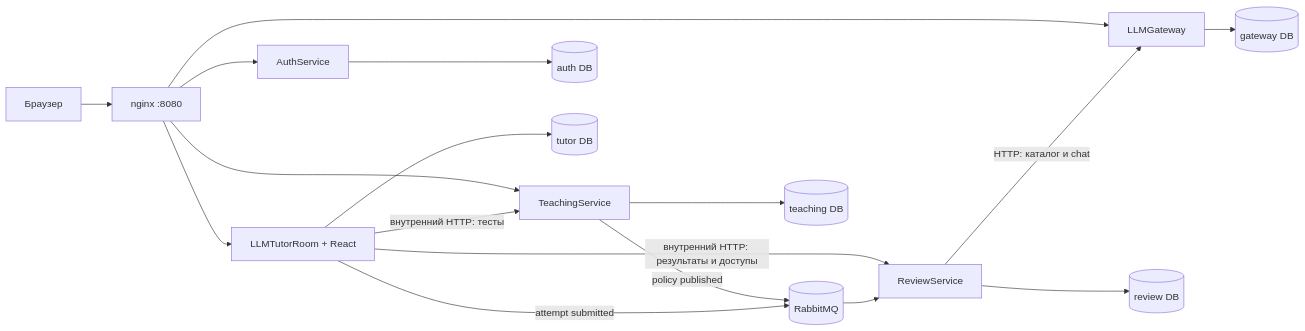
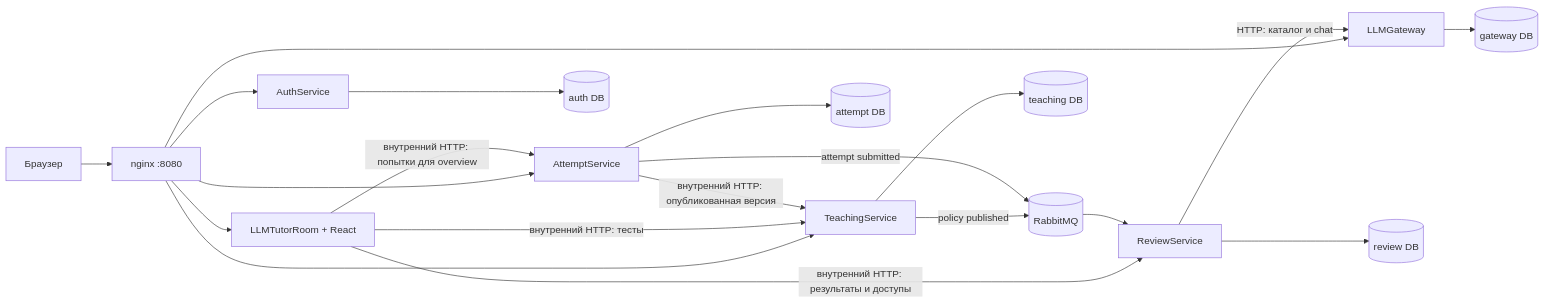
One commit to KomaMix/LLMTutorRoom changed the first of 2 diagrams in docs/architecture.md. Above: the diagram before and after it, drawn with Mermaid. The commit also changed other lines of this file and 110 other files, not shown here.

Commit message:
feat(attempt): extract attempt lifecycle into standalone service

````diff
--- a/docs/architecture.md
+++ b/docs/architecture.md
@@ -27,22 +29,25 @@
 ```mermaid
 flowchart LR
     Browser["Браузер"] --> Nginx["nginx :8080"]
     Nginx --> Auth["AuthService"]
     Nginx --> Teaching["TeachingService"]
+    Nginx --> Attempt["AttemptService"]
     Nginx --> Tutor["LLMTutorRoom + React"]
     Nginx --> Gateway["LLMGateway"]
 
     Tutor -- "внутренний HTTP: тесты" --> Teaching
+    Tutor -- "внутренний HTTP: попытки для overview" --> Attempt
     Tutor -- "внутренний HTTP: результаты и доступы" --> Review["ReviewService"]
+    Attempt -- "внутренний HTTP: опубликованная версия" --> Teaching
     Review -- "HTTP: каталог и chat" --> Gateway
 
     Teaching -- "policy published" --> Rabbit[(RabbitMQ)]
-    Tutor -- "attempt submitted" --> Rabbit
+    Attempt -- "attempt submitted" --> Rabbit
     Rabbit --> Review
 
     Auth --> AuthDb[(auth DB)]
     Teaching --> TeachingDb[(teaching DB)]
-    Tutor --> TutorDb[(tutor DB)]
+    Attempt --> AttemptDb[(attempt DB)]
     Review --> ReviewDb[(review DB)]
     Gateway --> GatewayDb[(gateway DB)]
 ```
````
